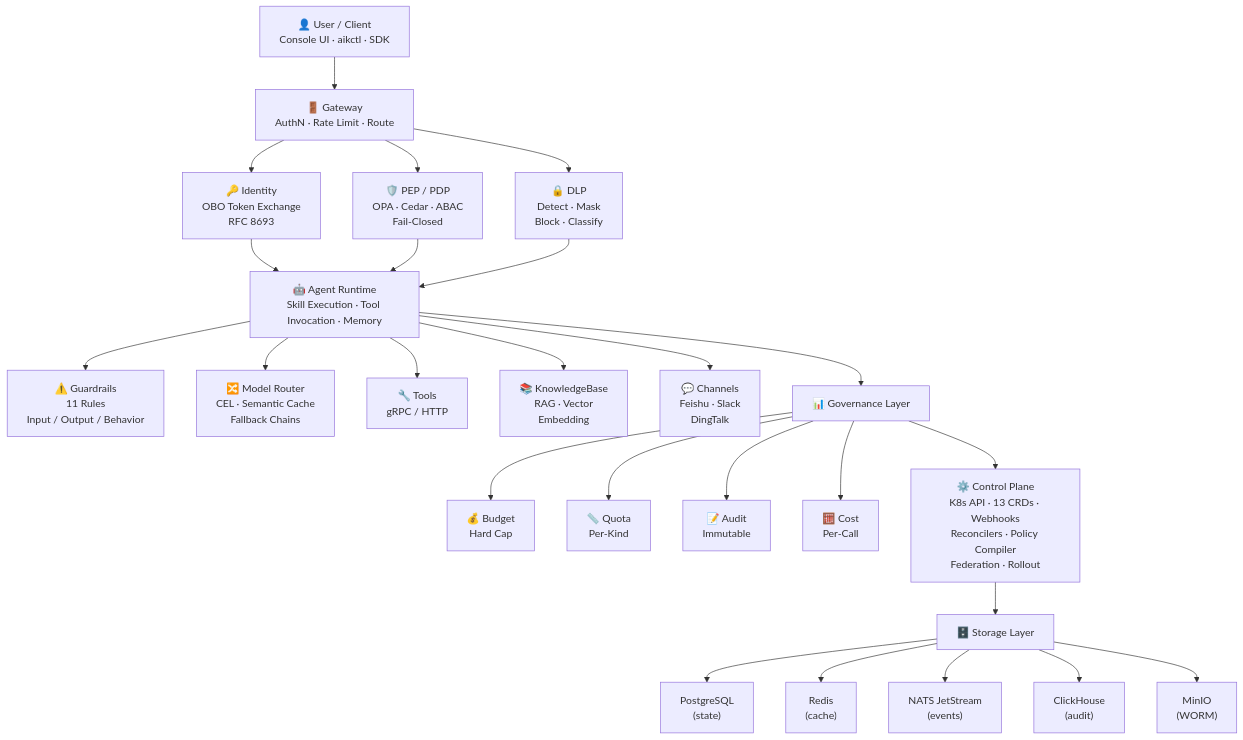
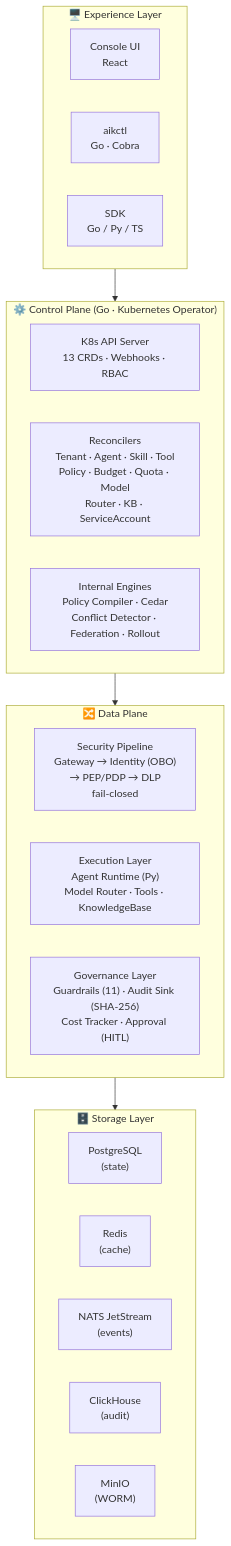
Before and after one commit to rendq/AI-Keeper: the first of 4 diagrams in README.md, drawn with Mermaid. The commit also changed other lines of this file, not shown here.

Commit message:
docs: update architecture diagrams in README

````diff
--- a/README.md
+++ b/README.md
@@ -28,43 +30,36 @@
 ```mermaid
 graph TD
-    %% User Layer
-    User["👤 User / Client<br/>Console UI · aikctl · SDK"]
+    subgraph EXP["🖥️ Experience Layer"]
+        direction LR
+        Console["Console UI<br/>React"]
+        CLI["aikctl<br/>Go · Cobra"]
+        SDK["SDK<br/>Go / Py / TS"]
+    end
 
-    %% Gateway
-    User --> Gateway["🚪 Gateway<br/>AuthN · Rate Limit · Route"]
+    subgraph CP["⚙️ Control Plane (Go · Kubernetes Operator)"]
+        direction LR
+        API["K8s API Server<br/>13 CRDs · Webhooks · RBAC"]
+        REC["Reconcilers<br/>Tenant · Agent · Skill · Tool<br/>Policy · Budget · Quota · Model<br/>Router · KB · ServiceAccount"]
+        ENG["Internal Engines<br/>Policy Compiler · Cedar<br/>Conflict Detector · Federation · Rollout"]
+    end
 
-    %% Security Layer
-    Gateway --> Identity["🔑 Identity<br/>OBO Token Exchange<br/>RFC 8693"]
-    Gateway --> PEP["🛡️ PEP / PDP<br/>OPA · Cedar · ABAC<br/>Fail-Closed"]
-    Gateway --> DLP["🔒 DLP<br/>Detect · Mask<br/>Block · Classify"]
+    subgraph DP["🔀 Data Plane"]
+        direction LR
+        SEC["Security Pipeline<br/>Gateway → Identity (OBO)<br/>→ PEP/PDP → DLP<br/>fail-closed"]
+        EXE["Execution Layer<br/>Agent Runtime (Py)<br/>Model Router · Tools · KnowledgeBase"]
+        GOV["Governance Layer<br/>Guardrails (11) · Audit Sink (SHA-256)<br/>Cost Tracker · Approval (HITL)"]
+    end
 
-    %% Agent Runtime
-    Identity --> Runtime["🤖 Agent Runtime<br/>Skill Execution · Tool Invocation · Memory"]
-    PEP --> Runtime
-    DLP --> Runtime
+    subgraph ST["🗄️ Storage Layer"]
+        direction LR
+        PG["PostgreSQL<br/>(state)"]
+        Redis["Redis<br/>(cache)"]
+        NATS["NATS JetStream<br/>(events)"]
+        CH["ClickHouse<br/>(audit)"]
+        MinIO["MinIO<br/>(WORM)"]
+    end
 
-    %% Runtime Sub-components
-    Runtime --> Guardrails["⚠️ Guardrails<br/>11 Rules<br/>Input / Output / Behavior"]
-    Runtime --> Router["🔀 Model Router<br/>CEL · Semantic Cache<br/>Fallback Chains"]
-    Runtime --> Tools["🔧 Tools<br/>gRPC / HTTP"]
-    Runtime --> KB["📚 KnowledgeBase<br/>RAG · Vector<br/>Embedding"]
-    Runtime --> Channels["💬 Channels<br/>Feishu · Slack<br/>DingTalk"]
-
-    %% Governance Layer
-    Runtime --> Governance["📊 Governance Layer"]
-    Governance --> Budget["💰 Budget<br/>Hard Cap"]
-    Governance --> Quota["📏 Quota<br/>Per-Kind"]
-    Governance --> Audit["📝 Audit<br/>Immutable"]
-    Governance --> Cost["🧮 Cost<br/>Per-Call"]
-
-    %% Control Plane
-    Governance --> CP["⚙️ Control Plane<br/>K8s API · 13 CRDs · Webhooks<br/>Reconcilers · Policy Compiler<br/>Federation · Rollout"]
-
-    %% Storage
-    CP --> Storage["🗄️ Storage Layer"]
-    Storage --> PG["PostgreSQL<br/>(state)"]
-    Storage --> Redis["Redis<br/>(cache)"]
-    Storage --> NATS["NATS JetStream<br/>(events)"]
-    Storage --> CH["ClickHouse<br/>(audit)"]
-    Storage --> MinIO["MinIO<br/>(WORM)"]
+    EXP --> CP
+    CP --> DP
+    DP --> ST
 ```
````
